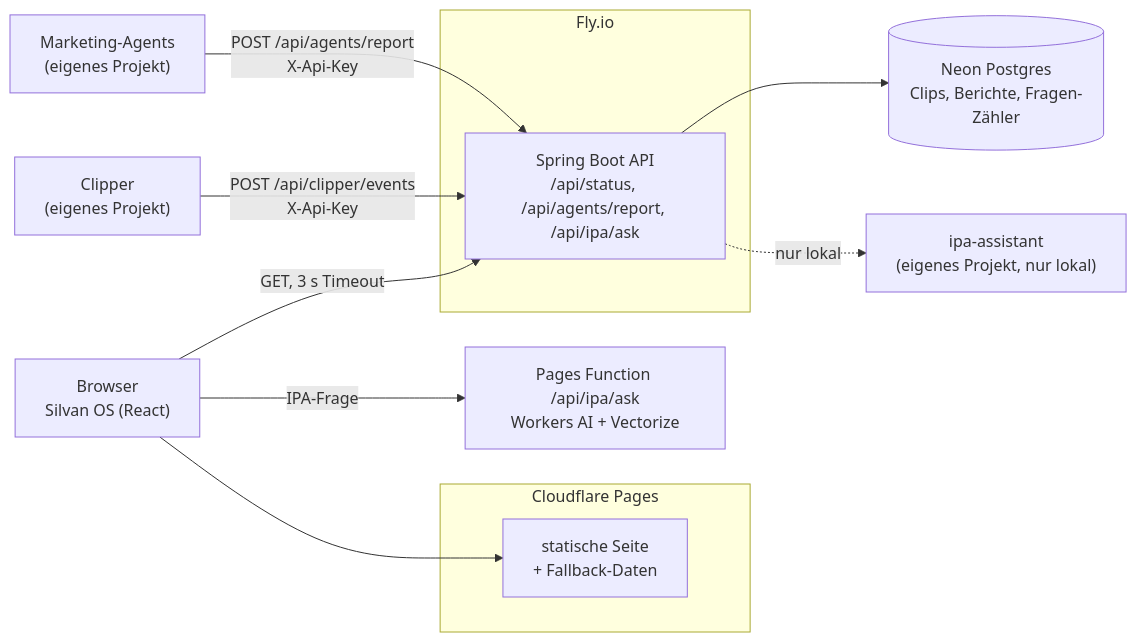
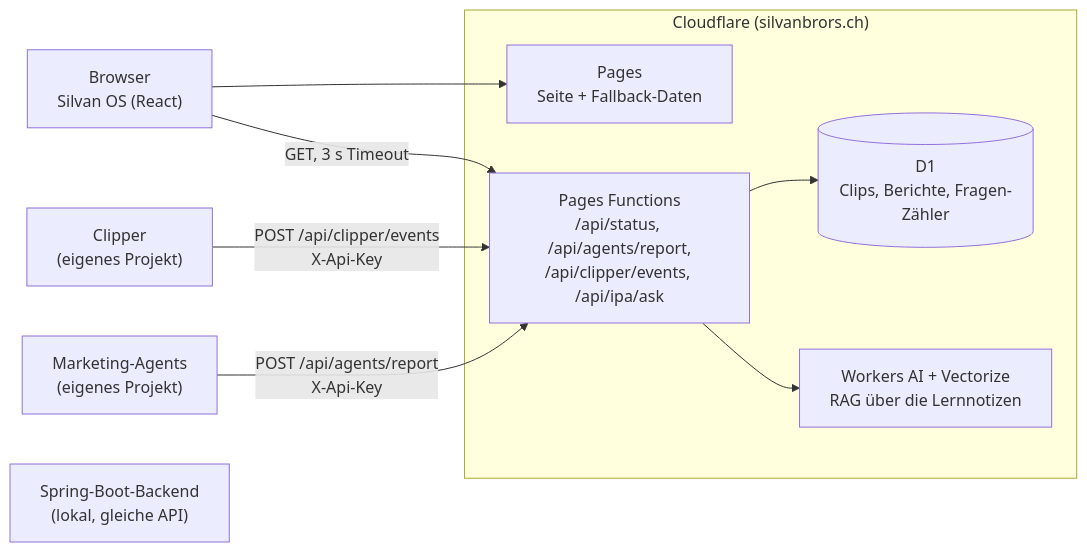
The diagram in README.md (sibro73/silvan-brors-portfolio-os), drawn with Mermaid before and after one commit. The commit also changed other lines of this file and 21 other files, not shown here.

First line of the commit message:
feat: live backend on cloudflare (pages functions + d1), free (#20)

````diff
--- a/README.md
+++ b/README.md
@@ -23,23 +25,20 @@
 ```mermaid
 flowchart LR
   Browser["Browser<br/>Silvan OS (React)"]
-  subgraph Cloudflare["Cloudflare Pages"]
-    Static["statische Seite<br/>+ Fallback-Daten"]
+  subgraph Cloudflare["Cloudflare (silvanbrors.ch)"]
+    Static["Pages<br/>Seite + Fallback-Daten"]
+    API["Pages Functions<br/>/api/status, /api/agents/report,<br/>/api/clipper/events, /api/ipa/ask"]
+    DB[("D1<br/>Clips, Berichte, Fragen-Zähler")]
+    AI["Workers AI + Vectorize<br/>RAG über die Lernnotizen"]
   end
-  subgraph Fly["Fly.io"]
-    API["Spring Boot API<br/>/api/status, /api/agents/report, /api/ipa/ask"]
-  end
-  DB[("Neon Postgres<br/>Clips, Berichte, Fragen-Zähler")]
-  IpaFn["Pages Function /api/ipa/ask<br/>Workers AI + Vectorize"]
   Clipper["Clipper<br/>(eigenes Projekt)"]
   Agents["Marketing-Agents<br/>(eigenes Projekt)"]
-  IPA["ipa-assistant<br/>(eigenes Projekt, nur lokal)"]
+  Spring["Spring-Boot-Backend<br/>(lokal, gleiche API)"]
 
   Browser --> Static
-  Browser -- "IPA-Frage" --> IpaFn
   Browser -- "GET, 3 s Timeout" --> API
   Clipper -- "POST /api/clipper/events<br/>X-Api-Key" --> API
   Agents -- "POST /api/agents/report<br/>X-Api-Key" --> API
   API --> DB
-  API -. "nur lokal" .-> IPA
+  API --> AI
 ```
````
